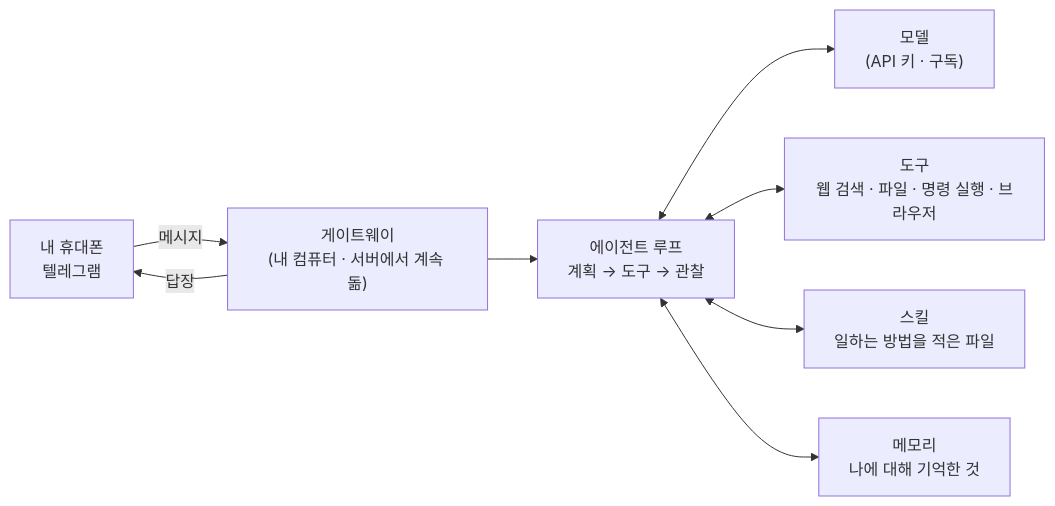
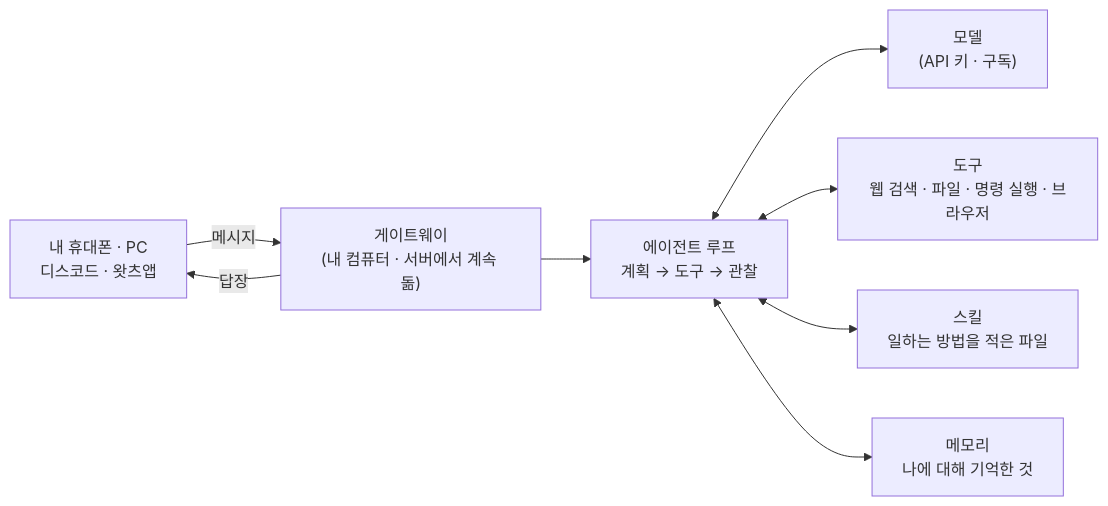
Before and after one commit to aifrenz/pcu-2026: the diagram in ai-agent-2026/day2/advanced/1_openclaw_hermes.md, drawn with Mermaid. The commit also changed other lines of this file and 10 other files, not shown here.

First line of the commit message:
메신저 연결을 텔레그램에서 무료 채널로: 디스코드(추천) · 왓츠앱 · 라인

````diff
--- a/ai-agent-2026/day2/advanced/1_openclaw_hermes.md
+++ b/ai-agent-2026/day2/advanced/1_openclaw_hermes.md
@@ -11,10 +11,10 @@
 ```mermaid
 flowchart LR
-  P[내 휴대폰<br/>텔레그램] -- 메시지 --> G["게이트웨이<br/>(내 컴퓨터 · 서버에서 계속 돎)"]
+  P[내 휴대폰 · PC<br/>디스코드 · 왓츠앱] -- 메시지 --> G["게이트웨이<br/>(내 컴퓨터 · 서버에서 계속 돎)"]
   G --> A["에이전트 루프<br/>계획 → 도구 → 관찰"]
   A <--> M["모델<br/>(API 키 · 구독)"]
   A <--> T["도구<br/>웹 검색 · 파일 · 명령 실행 · 브라우저"]
   A <--> K["스킬<br/>일하는 방법을 적은 파일"]
   A <--> R["메모리<br/>나에 대해 기억한 것"]
   G -- 답장 --> P
 ```
````
